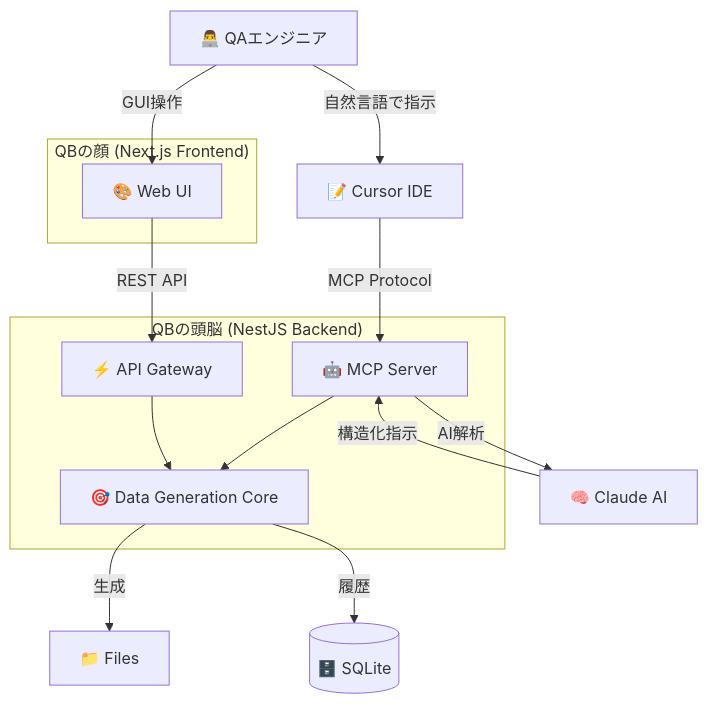
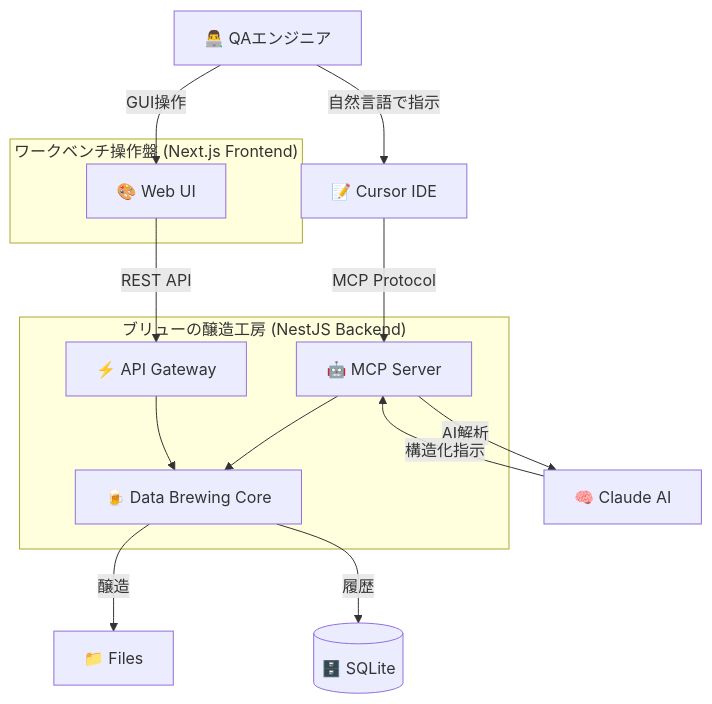
The first of 2 diagrams in README.md (Rons-29/td-buddy-app), drawn with Mermaid before and after one commit. The commit also changed other lines of this file, not shown here.

Commit message:
feat: QA WorkbenchとブリューへのリブランディングREADME更新 - サービス名: QualityBuddy → QA Workbench - キャラクター名: QBくん → ブリュー（Assistant Brew） - コンセプト: 万能パートナー → QA作業場の助手 - 機能表現: 生成 → 醸造（データをbrewするイメージ） - アーキテクチャ図とメッセージを全面的に刷新

````diff
--- a/README.md
+++ b/README.md
@@ -157,27 +155,27 @@
 ```mermaid
 graph TB
     QA[👨‍💻 QAエンジニア] --> |自然言語で指示| Cursor[📝 Cursor IDE]
     QA --> |GUI操作| WebUI[🎨 Web UI]
 
     Cursor --> |MCP Protocol| MCP[🤖 MCP Server]
     WebUI --> |REST API| API[⚡ API Gateway]
 
     MCP --> |AI解析| Claude[🧠 Claude AI]
     Claude --> |構造化指示| MCP
 
-    MCP --> Core[🎯 Data Generation Core]
+    MCP --> Core[🍺 Data Brewing Core]
     API --> Core
 
-    Core --> |生成| Files[📁 Files]
+    Core --> |醸造| Files[📁 Files]
     Core --> |履歴| DB[(🗄️ SQLite)]
 
-    subgraph "QBの頭脳 (NestJS Backend)"
+    subgraph "ブリューの醸造工房 (NestJS Backend)"
         MCP
         API
         Core
     end
 
-    subgraph "QBの顔 (Next.js Frontend)"
+    subgraph "ワークベンチ操作盤 (Next.js Frontend)"
         WebUI
     end
 ```
````
